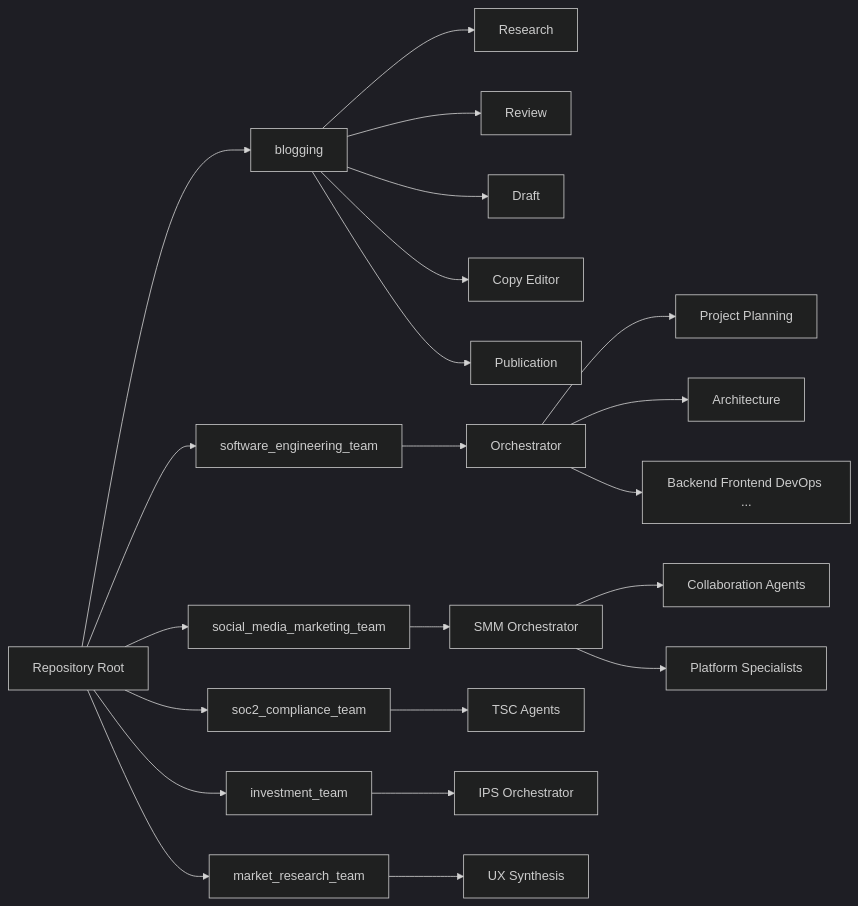
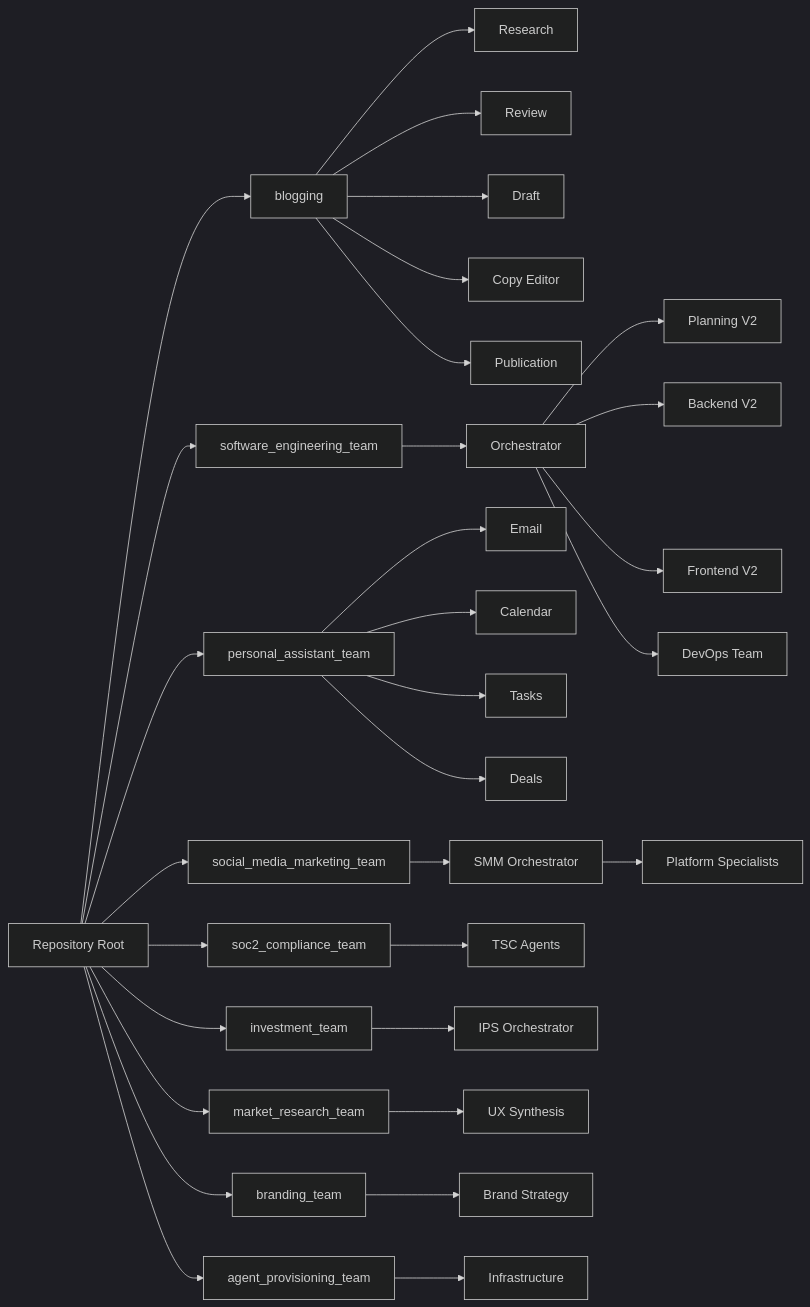
One commit to deepthought42/Khala-Agentic-AI-Teams changed the diagram in agents/README.md. Above: the diagram before and after it, drawn with Mermaid (dark theme). The commit also changed other lines of this file and 20 other files, not shown here.

````diff
--- a/agents/README.md
+++ b/agents/README.md
@@ -38,31 +59,35 @@
 ```mermaid
 flowchart LR
   Root[Repository Root]
   Blog[blogging]
   SW[software_engineering_team]
+  PA[personal_assistant_team]
   Soc[social_media_marketing_team]
   Soc2[soc2_compliance_team]
   Inv[investment_team]
   MR[market_research_team]
-  Root --> Blog
-  Root --> SW
-  Root --> Soc
-  Root --> Soc2
-  Root --> Inv
-  Root --> MR
+  Brand[branding_team]
+  Prov[agent_provisioning_team]
+  Root --> Blog & SW & PA & Soc & Soc2 & Inv & MR & Brand & Prov
   Blog --> Research[Research]
   Blog --> Review[Review]
   Blog --> Draft[Draft]
   Blog --> CopyEd[Copy Editor]
   Blog --> Pub[Publication]
   SW --> Orch[Orchestrator]
-  Orch --> Plan[Project Planning]
-  Orch --> Arch[Architecture]
-  Orch --> Workers[Backend Frontend DevOps ...]
+  Orch --> Plan[Planning V2]
+  Orch --> Backend[Backend V2]
+  Orch --> Frontend[Frontend V2]
+  Orch --> DevOps[DevOps Team]
+  PA --> Email[Email]
+  PA --> Calendar[Calendar]
+  PA --> Tasks[Tasks]
+  PA --> Deals[Deals]
   Soc --> SMM[SMM Orchestrator]
-  SMM --> Collab[Collaboration Agents]
   SMM --> Platform[Platform Specialists]
   Soc2 --> TSC[TSC Agents]
   Inv --> IPS[IPS Orchestrator]
   MR --> UX[UX Synthesis]
+  Brand --> Strategy[Brand Strategy]
+  Prov --> Infra[Infrastructure]
 ```
````
